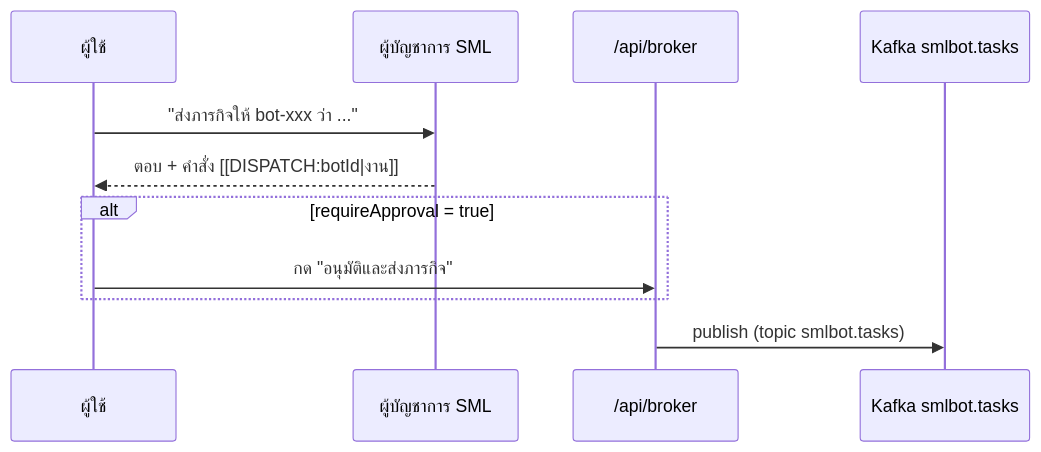
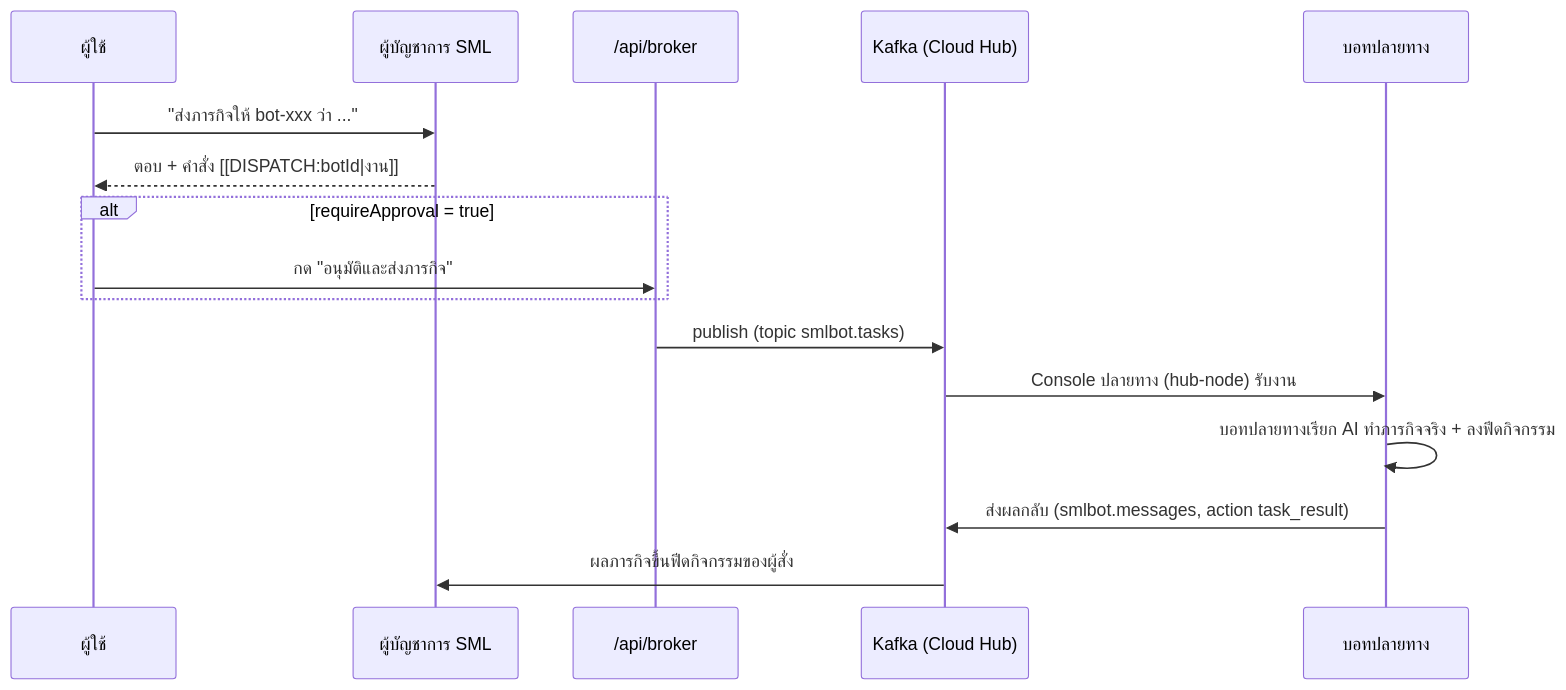
One commit to jaturapornchai/smlbot001 changed the third of 3 diagrams in README.md. Above: the diagram before and after it, drawn with Mermaid. The commit also changed other lines of this file and 10 other files, not shown here.

First line of the commit message:
Cloud Hub node: consume smlbot.tasks, server-side heartbeat, kafkajs timer patch

````diff
--- a/README.md
+++ b/README.md
@@ -113,13 +113,18 @@
 ```mermaid
 sequenceDiagram
   participant U as ผู้ใช้
   participant Cmd as ผู้บัญชาการ SML
   participant API as /api/broker
-  participant K as Kafka smlbot.tasks
+  participant K as Kafka (Cloud Hub)
+  participant Dst as บอทปลายทาง
   U->>Cmd: "ส่งภารกิจให้ bot-xxx ว่า ..."
   Cmd-->>U: ตอบ + คำสั่ง [[DISPATCH:botId|งาน]]
   alt requireApproval = true
     U->>API: กด "อนุมัติและส่งภารกิจ"
   end
   API->>K: publish (topic smlbot.tasks)
+  K->>Dst: Console ปลายทาง (hub-node) รับงาน
+  Dst->>Dst: บอทปลายทางเรียก AI ทำภารกิจจริง + ลงฟีดกิจกรรม
+  Dst->>K: ส่งผลกลับ (smlbot.messages, action task_result)
+  K->>Cmd: ผลภารกิจขึ้นฟีดกิจกรรมของผู้สั่ง
 ```
````
